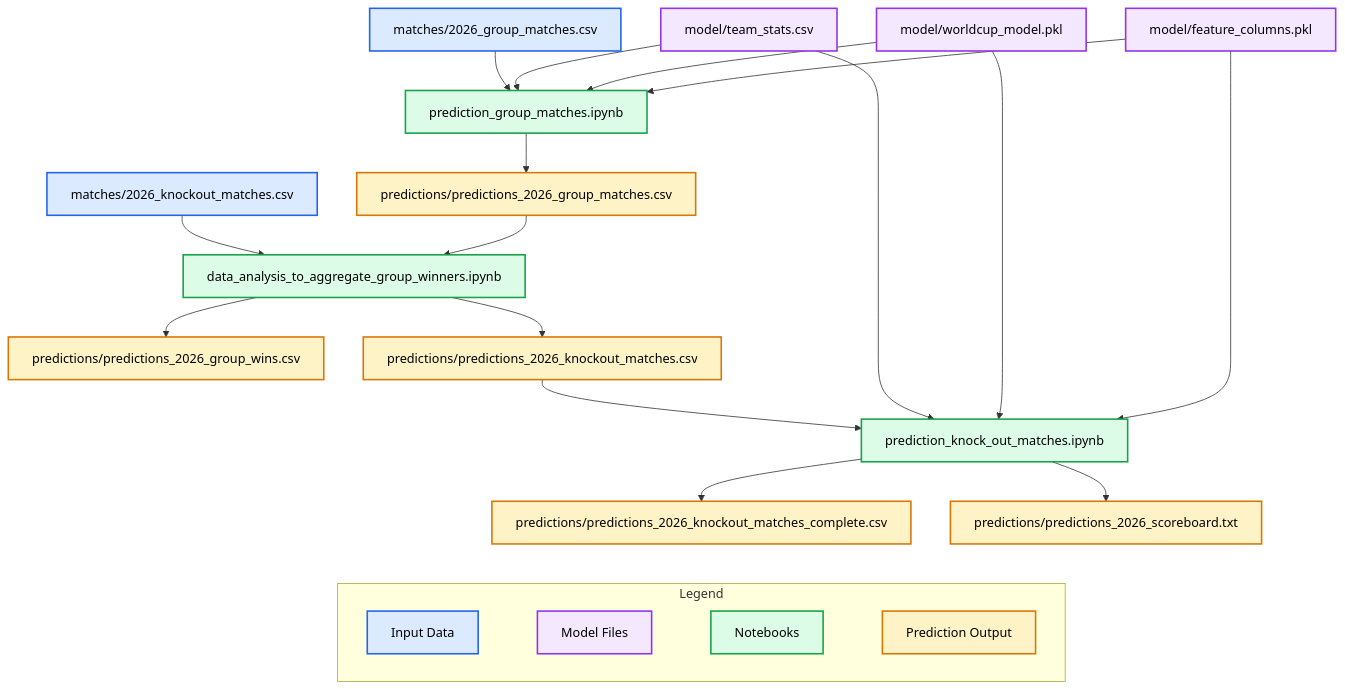
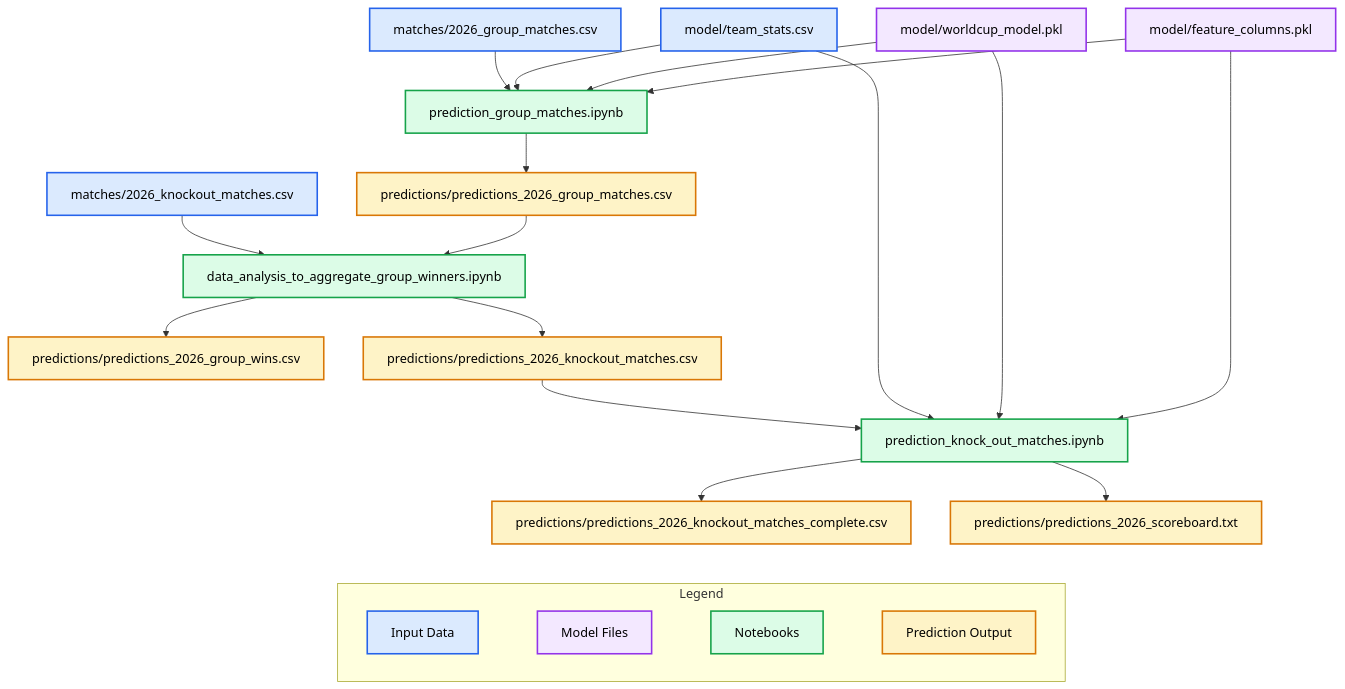
One commit to StephanieHhnbrg/worldcup_predictor changed the sixth of 6 diagrams in README.md. Above: the diagram before and after it, drawn with Mermaid. The commit also changed other lines of this file, not shown here.

````diff
--- a/README.md
+++ b/README.md
@@ -187,42 +187,42 @@
 ```mermaid
 flowchart TB
 
     A[matches/2026_group_matches.csv] --> E[prediction_group_matches.ipynb]
     B[model/team_stats.csv] --> E
     C[model/worldcup_model.pkl] --> E
     D[model/feature_columns.pkl] --> E
     E --> F[predictions/predictions_2026_group_matches.csv]
 
     H[matches/2026_knockout_matches.csv] --> G[data_analysis_to_aggregate_group_winners.ipynb]
     F --> G
     G --> M[predictions/predictions_2026_group_wins.csv]
     G --> J[predictions/predictions_2026_knockout_matches.csv]
     
     J --> I[prediction_knock_out_matches.ipynb]
     B --> I
     C --> I
     D --> I
     
     I --> K[predictions/predictions_2026_knockout_matches_complete.csv]
     I --> L[predictions/predictions_2026_scoreboard.txt]
 
     subgraph Legend
         direction LR
         LEG1[Input Data] ~~~ LEG2[Model Files]
         LEG2 ~~~ LEG3[Notebooks]
         LEG3 ~~~ LEG4[Prediction Output]
     end
 
      K ~~~ Legend
 
 
     classDef data fill:#dbeafe,stroke:#2563eb,stroke-width:2px,color:#000
     classDef notebook fill:#dcfce7,stroke:#16a34a,stroke-width:2px,color:#000
     classDef prediction fill:#fef3c7,stroke:#d97706,stroke-width:2px,color:#000
     classDef model fill:#f3e8ff,stroke:#9333ea,stroke-width:2px,color:#000
 
-    class LEG1,A,H data
-    class LEG2,B,C,D model
+    class LEG1,A,B,H data
+    class LEG2,C,D model
     class LEG3,E,G,I notebook
     class LEG4,F,J,K,L,M prediction
 ```
````
